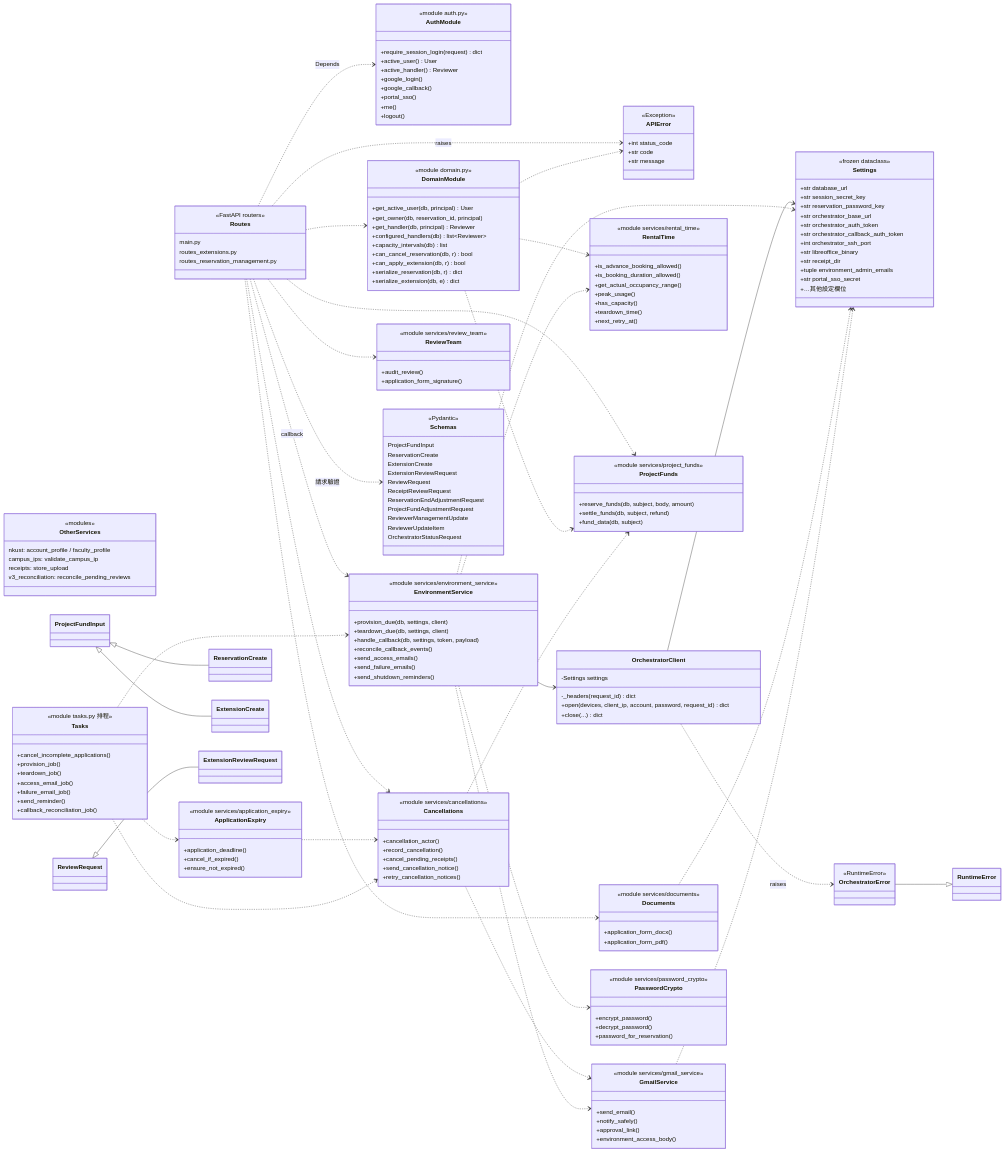
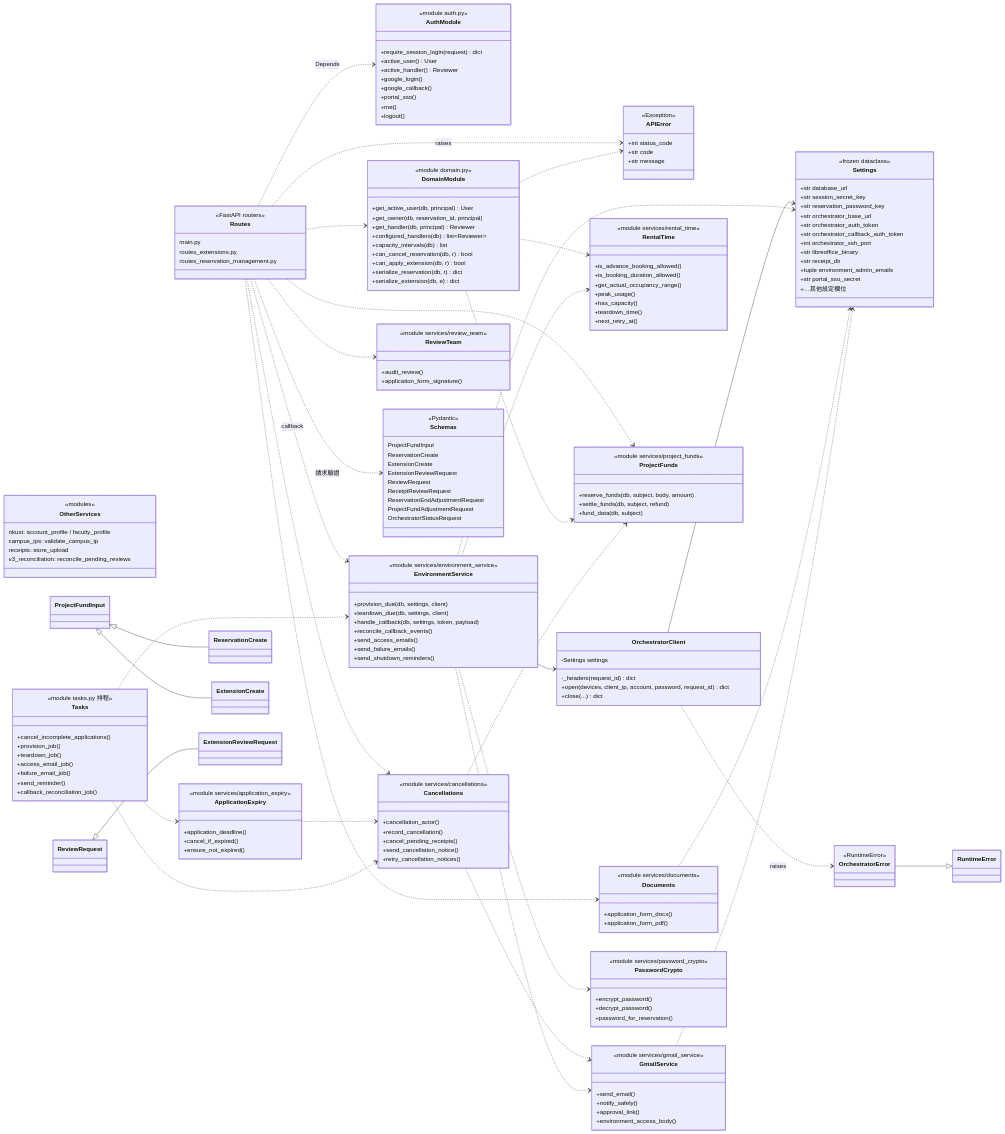
Before and after one commit to whenwewerekids/115-b-system-team: the second of 8 diagrams in 小組作業4.md, drawn with Mermaid. The commit also changed other lines of this file, not shown here.

```diff
--- a/小組作業4.md
+++ b/小組作業4.md
@@ -459,8 +437,6 @@
     ReceiptReviewRequest
     ReservationEndAdjustmentRequest
     ProjectFundAdjustmentRequest
-    ReviewerManagementUpdate
-    ReviewerUpdateItem
     OrchestratorStatusRequest
 }
 
```
